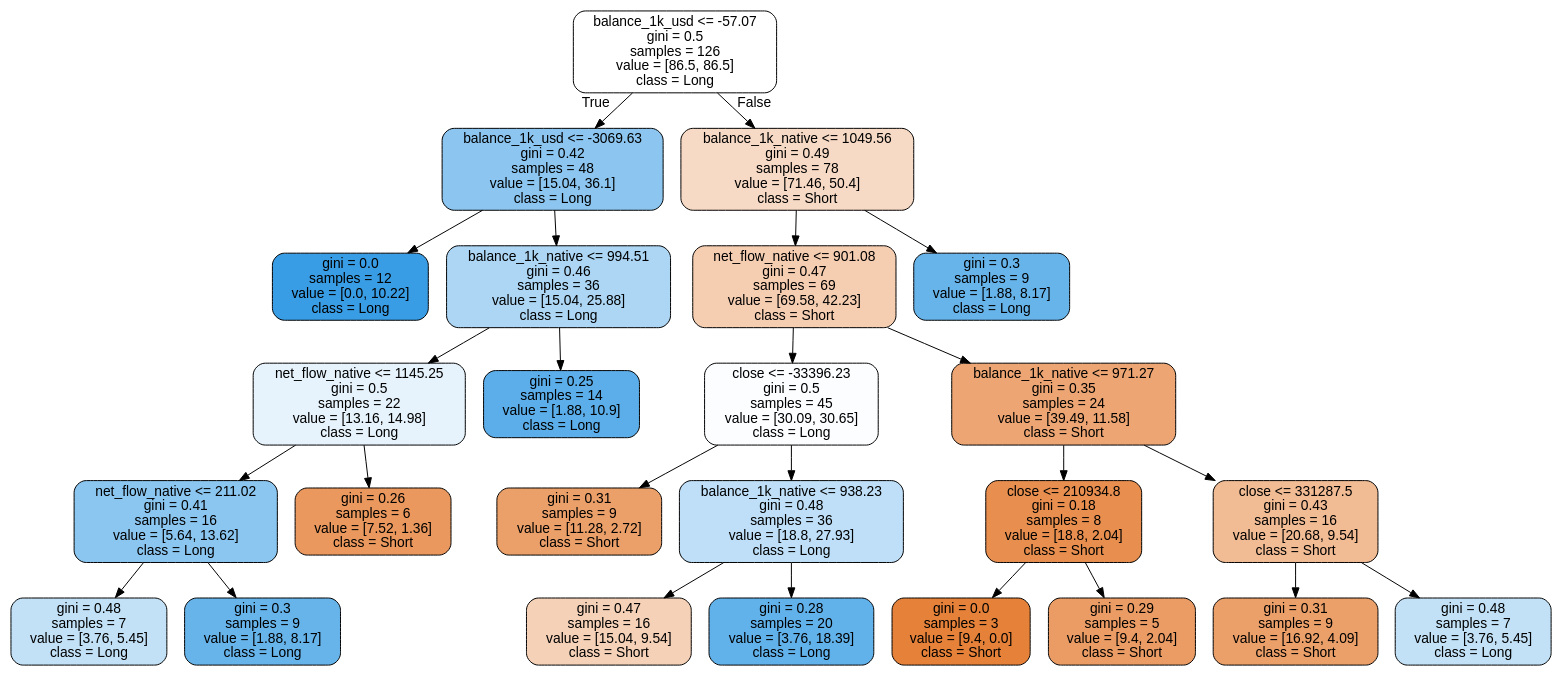
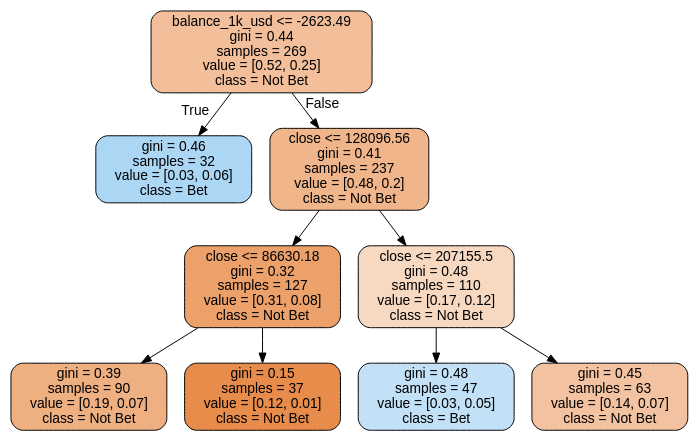
Before and after one commit to Ericclck/FinancialModeling: the diagram in plots/BTC/balance/tree/rf_5.dot, drawn with Graphviz. The commit also changed 29 other files, not shown here.

```diff
--- a/plots/BTC/balance/tree/rf_5.dot
+++ b/plots/BTC/balance/tree/rf_5.dot
@@ -1,53 +1,21 @@
 digraph Tree {
 node [shape=box, style="filled, rounded", color="black", fontname="helvetica"] ;
 edge [fontname="helvetica"] ;
-0 [label="balance_1k_usd <= -57.07\ngini = 0.5\nsamples = 126\nvalue = [86.5, 86.5]\nclass = Long", fillcolor="#ffffff"] ;
-1 [label="balance_1k_usd <= -3069.63\ngini = 0.42\nsamples = 48\nvalue = [15.04, 36.1]\nclass = Long", fillcolor="#8cc6f0"] ;
+0 [label="balance_1k_usd <= -2623.49\ngini = 0.44\nsamples = 269\nvalue = [0.52, 0.25]\nclass = Not Bet", fillcolor="#f2bf9a"] ;
+1 [label="gini = 0.46\nsamples = 32\nvalue = [0.03, 0.06]\nclass = Bet", fillcolor="#abd6f4"] ;
 0 -> 1 [labeldistance=2.5, labelangle=45, headlabel="True"] ;
-2 [label="gini = 0.0\nsamples = 12\nvalue = [0.0, 10.22]\nclass = Long", fillcolor="#399de5"] ;
-1 -> 2 ;
-3 [label="balance_1k_native <= 994.51\ngini = 0.46\nsamples = 36\nvalue = [15.04, 25.88]\nclass = Long", fillcolor="#acd6f4"] ;
-1 -> 3 ;
-4 [label="net_flow_native <= 1145.25\ngini = 0.5\nsamples = 22\nvalue = [13.16, 14.98]\nclass = Long", fillcolor="#e7f3fc"] ;
+2 [label="close <= 128096.56\ngini = 0.41\nsamples = 237\nvalue = [0.48, 0.2]\nclass = Not Bet", fillcolor="#f0b58a"] ;
+0 -> 2 [labeldistance=2.5, labelangle=-45, headlabel="False"] ;
+3 [label="close <= 86630.18\ngini = 0.32\nsamples = 127\nvalue = [0.31, 0.08]\nclass = Not Bet", fillcolor="#eca16b"] ;
+2 -> 3 ;
+4 [label="gini = 0.39\nsamples = 90\nvalue = [0.19, 0.07]\nclass = Not Bet", fillcolor="#eeaf81"] ;
 3 -> 4 ;
-5 [label="net_flow_native <= 211.02\ngini = 0.41\nsamples = 16\nvalue = [5.64, 13.62]\nclass = Long", fillcolor="#8bc6f0"] ;
-4 -> 5 ;
-6 [label="gini = 0.48\nsamples = 7\nvalue = [3.76, 5.45]\nclass = Long", fillcolor="#c2e1f7"] ;
-5 -> 6 ;
-7 [label="gini = 0.3\nsamples = 9\nvalue = [1.88, 8.17]\nclass = Long", fillcolor="#67b4eb"] ;
-5 -> 7 ;
-8 [label="gini = 0.26\nsamples = 6\nvalue = [7.52, 1.36]\nclass = Short", fillcolor="#ea985d"] ;
-4 -> 8 ;
-9 [label="gini = 0.25\nsamples = 14\nvalue = [1.88, 10.9]\nclass = Long", fillcolor="#5baee9"] ;
-3 -> 9 ;
-10 [label="balance_1k_native <= 1049.56\ngini = 0.49\nsamples = 78\nvalue = [71.46, 50.4]\nclass = Short", fillcolor="#f7dac5"] ;
-0 -> 10 [labeldistance=2.5, labelangle=-45, headlabel="False"] ;
-11 [label="net_flow_native <= 901.08\ngini = 0.47\nsamples = 69\nvalue = [69.58, 42.23]\nclass = Short", fillcolor="#f5cdb1"] ;
-10 -> 11 ;
-12 [label="close <= -33396.23\ngini = 0.5\nsamples = 45\nvalue = [30.09, 30.65]\nclass = Long", fillcolor="#fbfdff"] ;
-11 -> 12 ;
-13 [label="gini = 0.31\nsamples = 9\nvalue = [11.28, 2.72]\nclass = Short", fillcolor="#eb9f69"] ;
-12 -> 13 ;
-14 [label="balance_1k_native <= 938.23\ngini = 0.48\nsamples = 36\nvalue = [18.8, 27.93]\nclass = Long", fillcolor="#bedff7"] ;
-12 -> 14 ;
-15 [label="gini = 0.47\nsamples = 16\nvalue = [15.04, 9.54]\nclass = Short", fillcolor="#f5d1b7"] ;
-14 -> 15 ;
-16 [label="gini = 0.28\nsamples = 20\nvalue = [3.76, 18.39]\nclass = Long", fillcolor="#61b1ea"] ;
-14 -> 16 ;
-17 [label="balance_1k_native <= 971.27\ngini = 0.35\nsamples = 24\nvalue = [39.49, 11.58]\nclass = Short", fillcolor="#eda673"] ;
-11 -> 17 ;
-18 [label="close <= 210934.8\ngini = 0.18\nsamples = 8\nvalue = [18.8, 2.04]\nclass = Short", fillcolor="#e88f4f"] ;
-17 -> 18 ;
-19 [label="gini = 0.0\nsamples = 3\nvalue = [9.4, 0.0]\nclass = Short", fillcolor="#e58139"] ;
-18 -> 19 ;
-20 [label="gini = 0.29\nsamples = 5\nvalue = [9.4, 2.04]\nclass = Short", fillcolor="#eb9c64"] ;
-18 -> 20 ;
-21 [label="close <= 331287.5\ngini = 0.43\nsamples = 16\nvalue = [20.68, 9.54]\nclass = Short", fillcolor="#f1bb94"] ;
-17 -> 21 ;
-22 [label="gini = 0.31\nsamples = 9\nvalue = [16.92, 4.09]\nclass = Short", fillcolor="#eb9f69"] ;
-21 -> 22 ;
-23 [label="gini = 0.48\nsamples = 7\nvalue = [3.76, 5.45]\nclass = Long", fillcolor="#c2e1f7"] ;
-21 -> 23 ;
-24 [label="gini = 0.3\nsamples = 9\nvalue = [1.88, 8.17]\nclass = Long", fillcolor="#67b4eb"] ;
-10 -> 24 ;
+5 [label="gini = 0.15\nsamples = 37\nvalue = [0.12, 0.01]\nclass = Not Bet", fillcolor="#e78c4a"] ;
+3 -> 5 ;
+6 [label="close <= 207155.5\ngini = 0.48\nsamples = 110\nvalue = [0.17, 0.12]\nclass = Not Bet", fillcolor="#f7d8c1"] ;
+2 -> 6 ;
+7 [label="gini = 0.48\nsamples = 47\nvalue = [0.03, 0.05]\nclass = Bet", fillcolor="#c2e1f7"] ;
+6 -> 7 ;
+8 [label="gini = 0.45\nsamples = 63\nvalue = [0.14, 0.07]\nclass = Not Bet", fillcolor="#f3c2a0"] ;
+6 -> 8 ;
 }
```
